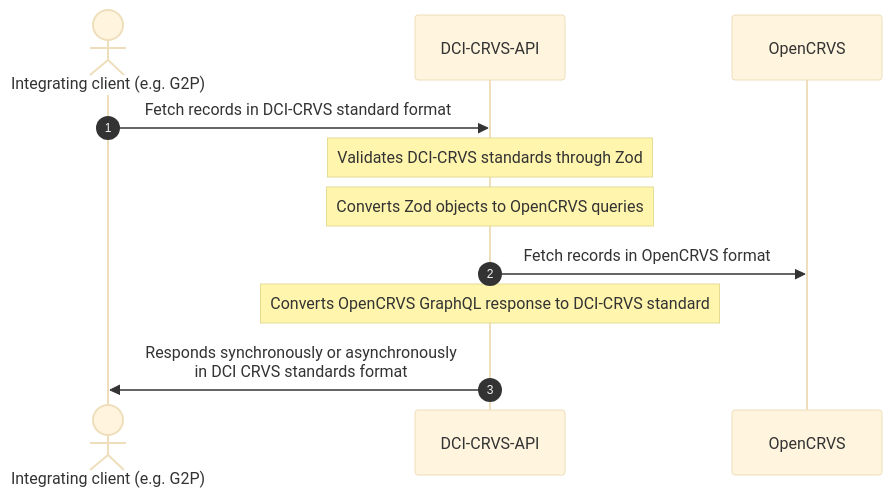
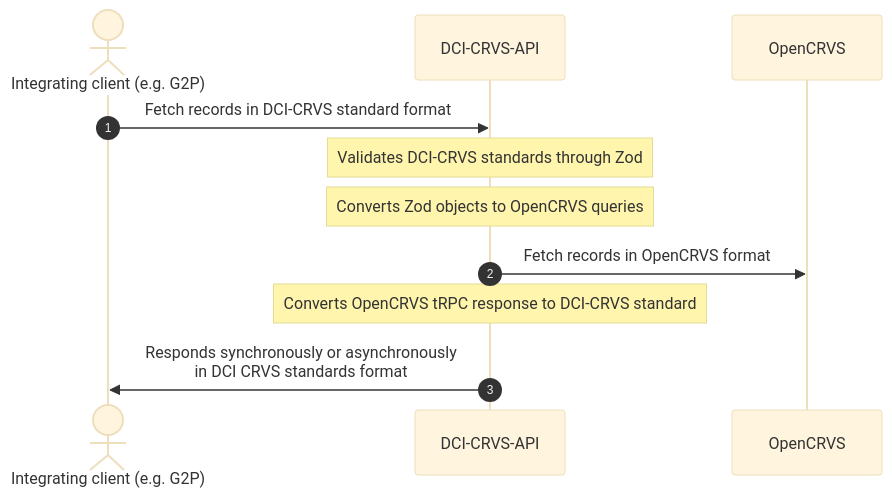
One commit to opencrvs/dci-crvs-api changed the diagram in README.md. Above: the diagram before and after it, drawn with Mermaid (base theme).

Commit message:
rename graphql to now used tRPC

````diff
--- a/README.md
+++ b/README.md
@@ -3,11 +3,11 @@
 ```mermaid
 sequenceDiagram
     autonumber
     actor Integrating client (e.g. G2P)
     Integrating client (e.g. G2P)->>DCI-CRVS-API: Fetch records in DCI-CRVS standard format
     Note over DCI-CRVS-API: Validates DCI-CRVS standards through Zod
     Note over DCI-CRVS-API: Converts Zod objects to OpenCRVS queries
     DCI-CRVS-API->>OpenCRVS: Fetch records in OpenCRVS format
-    Note over DCI-CRVS-API: Converts OpenCRVS GraphQL response to DCI-CRVS standard
+    Note over DCI-CRVS-API: Converts OpenCRVS tRPC response to DCI-CRVS standard
     DCI-CRVS-API->>Integrating client (e.g. G2P): Responds synchronously or asynchronously<br>in DCI CRVS standards format
 ```
````
